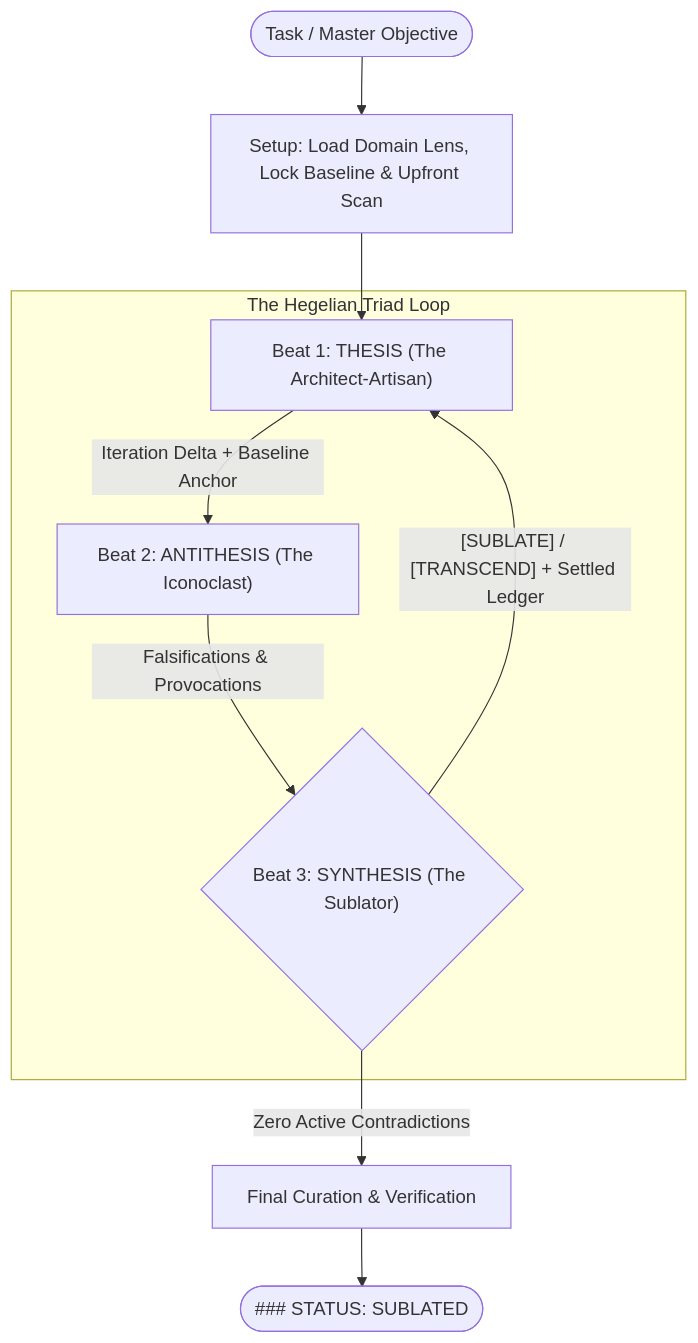
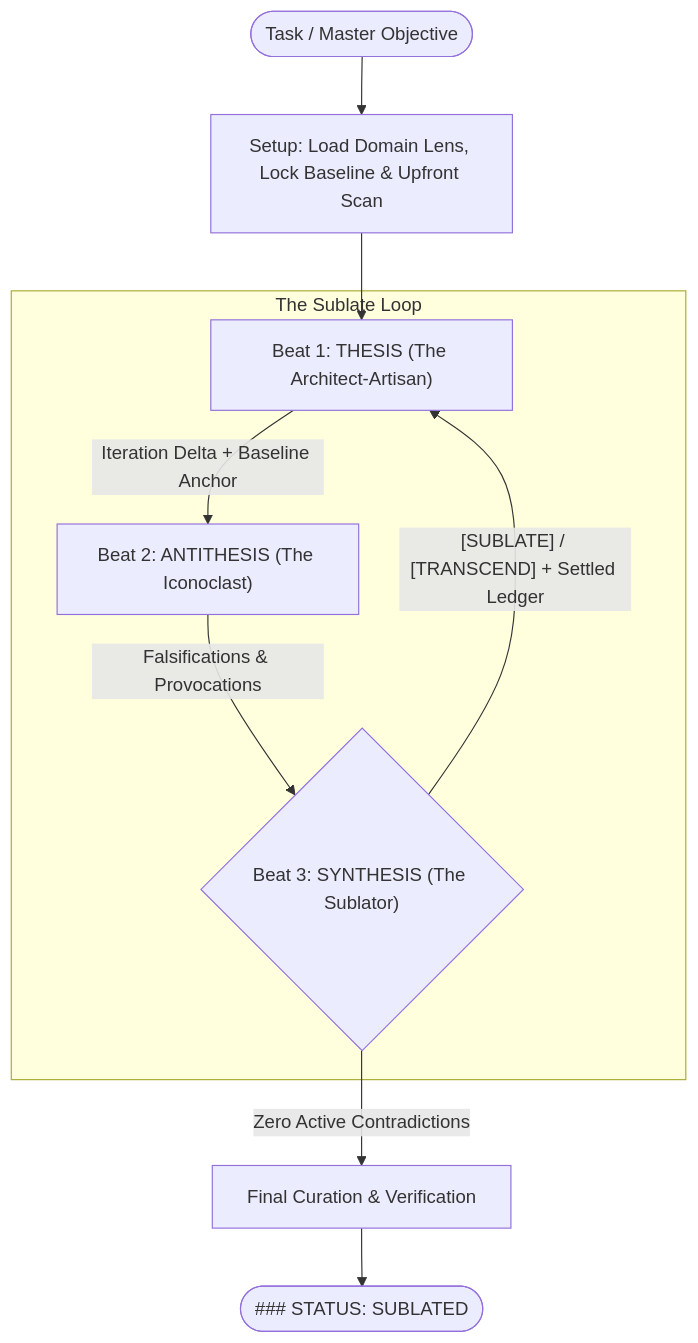
Before and after one commit to jessetane/sublate: the diagram in SKILL.md, drawn with Mermaid. The commit also changed other lines of this file, not shown here.

````diff
--- a/SKILL.md
+++ b/SKILL.md
@@ -63,14 +70,14 @@
 ```mermaid
 flowchart TD
     Start(["Task / Master Objective"]) --> Setup["Setup: Load Domain Lens, Lock Baseline & Upfront Scan"]
     Setup --> Thesis["Beat 1: THESIS (The Architect-Artisan)"]
 
-    subgraph TriadLoop ["The Hegelian Triad Loop"]
+    subgraph SublateLoop ["The Sublate Loop"]
         Thesis -->|"Iteration Delta + Baseline Anchor"| Antithesis["Beat 2: ANTITHESIS (The Iconoclast)"]
         Antithesis -->|"Falsifications & Provocations"| Synthesis{"Beat 3: SYNTHESIS (The Sublator)"}
         Synthesis -->|"[SUBLATE] / [TRANSCEND] + Settled Ledger"| Thesis
     end
 
     Synthesis -->|"Zero Active Contradictions"| Curate["Final Curation & Verification"]
     Curate --> Complete(["### STATUS: SUBLATED"])
 ```
````
